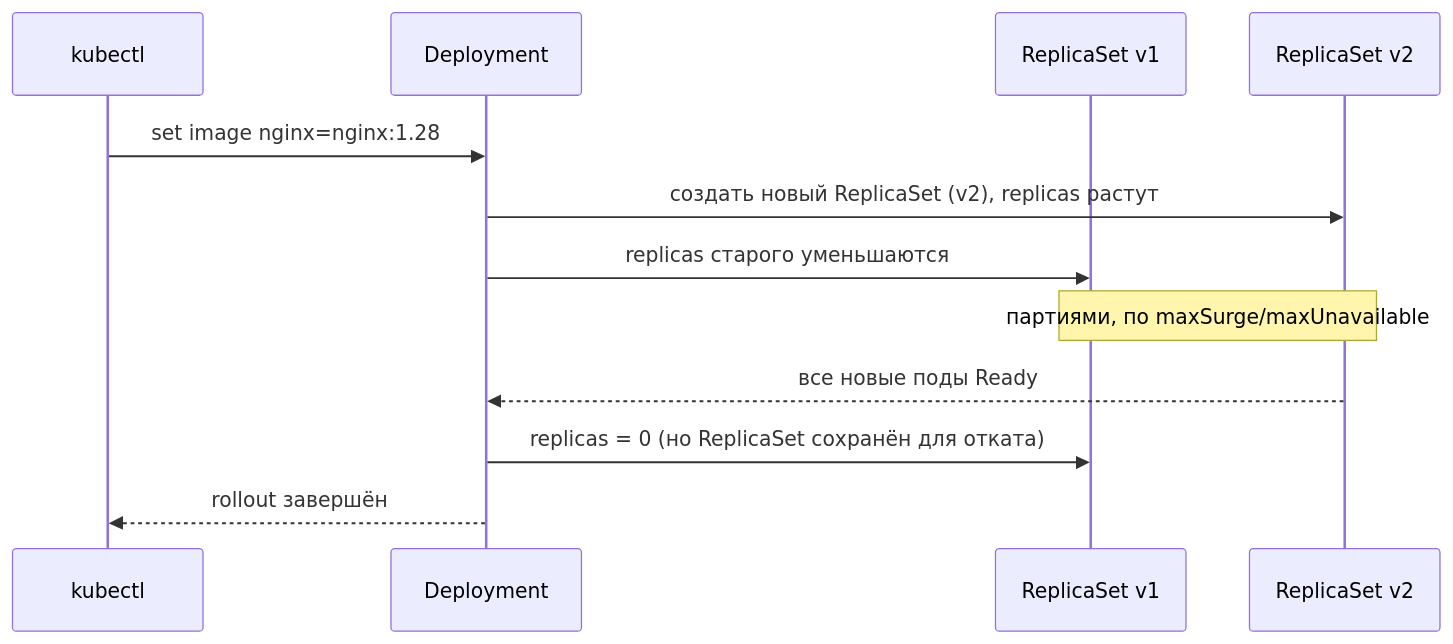
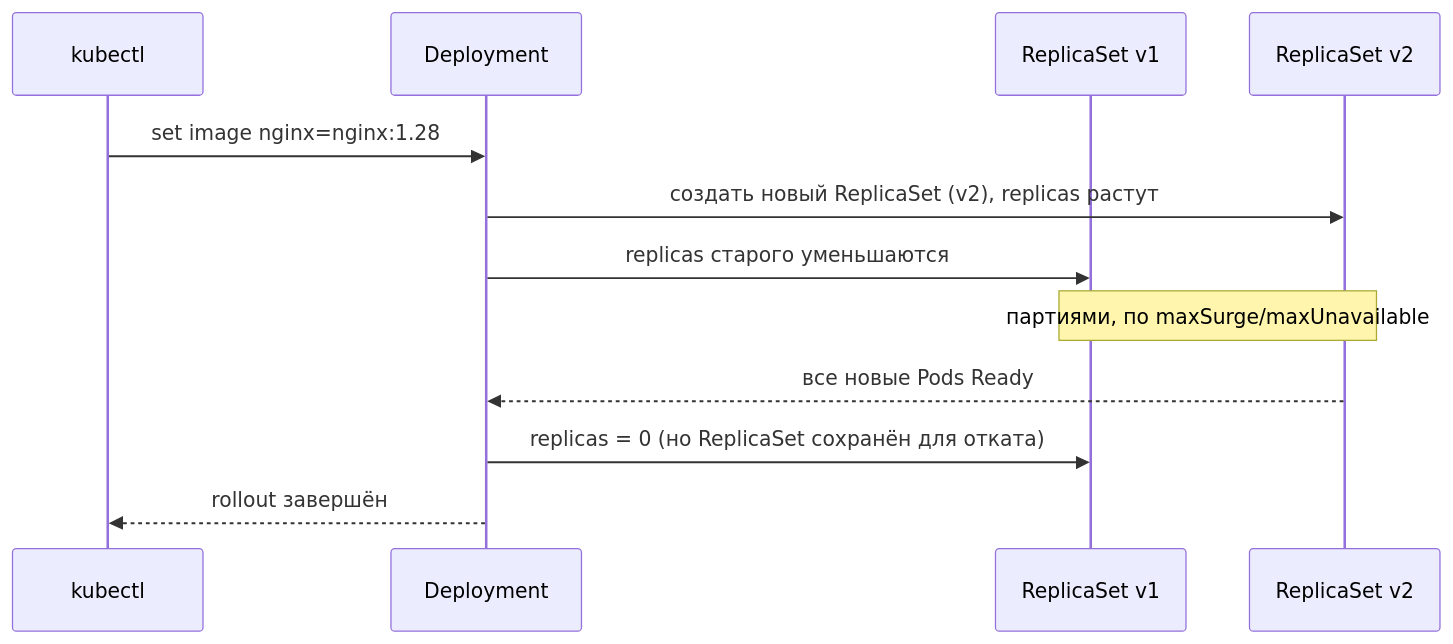
The third of 6 diagrams in tasks/cka/course/08/ru.md (ViktorUJ/cks), drawn with Mermaid before and after one commit. The commit also changed other lines of this file and 1 other file, not shown here.

````diff
--- a/tasks/cka/course/08/ru.md
+++ b/tasks/cka/course/08/ru.md
@@ -101,14 +101,14 @@
 ```mermaid
 sequenceDiagram
     participant U as kubectl
     participant D as Deployment
     participant RSold as ReplicaSet v1
     participant RSnew as ReplicaSet v2
     U->>D: set image nginx=nginx:1.28
     D->>RSnew: создать новый ReplicaSet (v2), replicas растут
     D->>RSold: replicas старого уменьшаются
     Note over RSnew,RSold: партиями, по maxSurge/maxUnavailable
-    RSnew-->>D: все новые поды Ready
+    RSnew-->>D: все новые Pods Ready
     D->>RSold: replicas = 0 (но ReplicaSet сохранён для отката)
     D-->>U: rollout завершён
 ```
````
